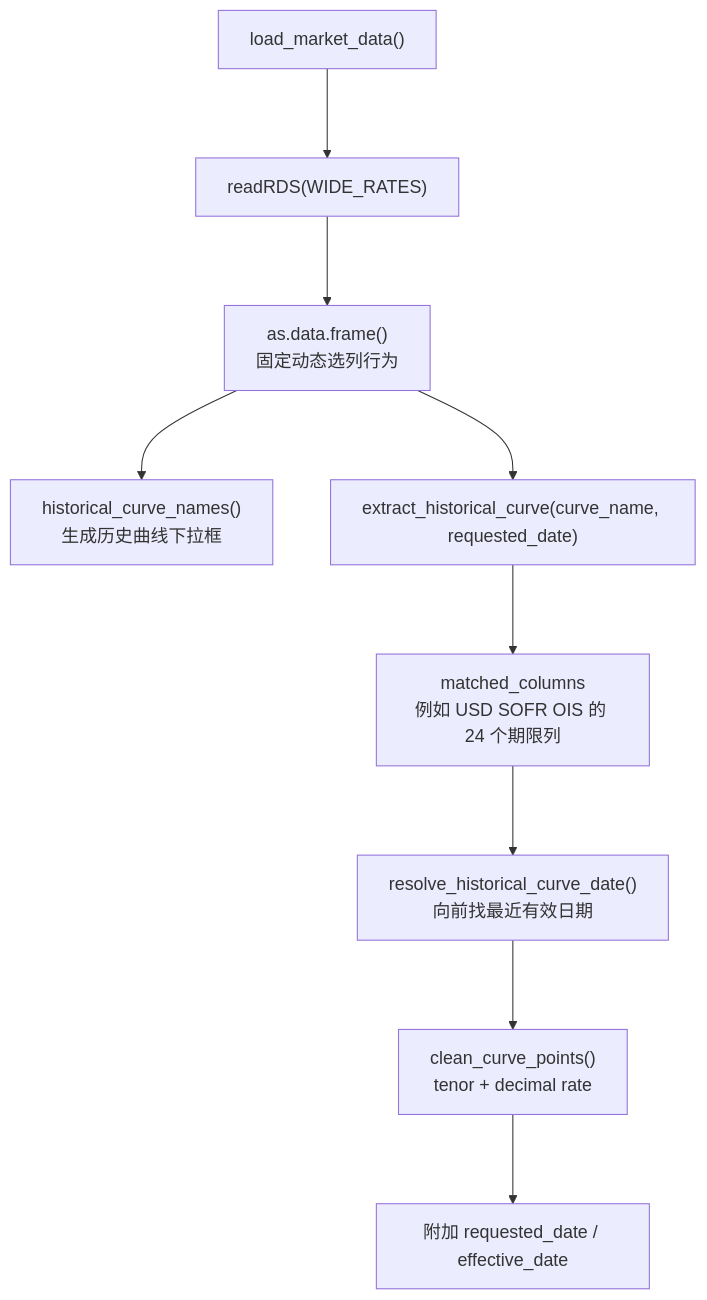
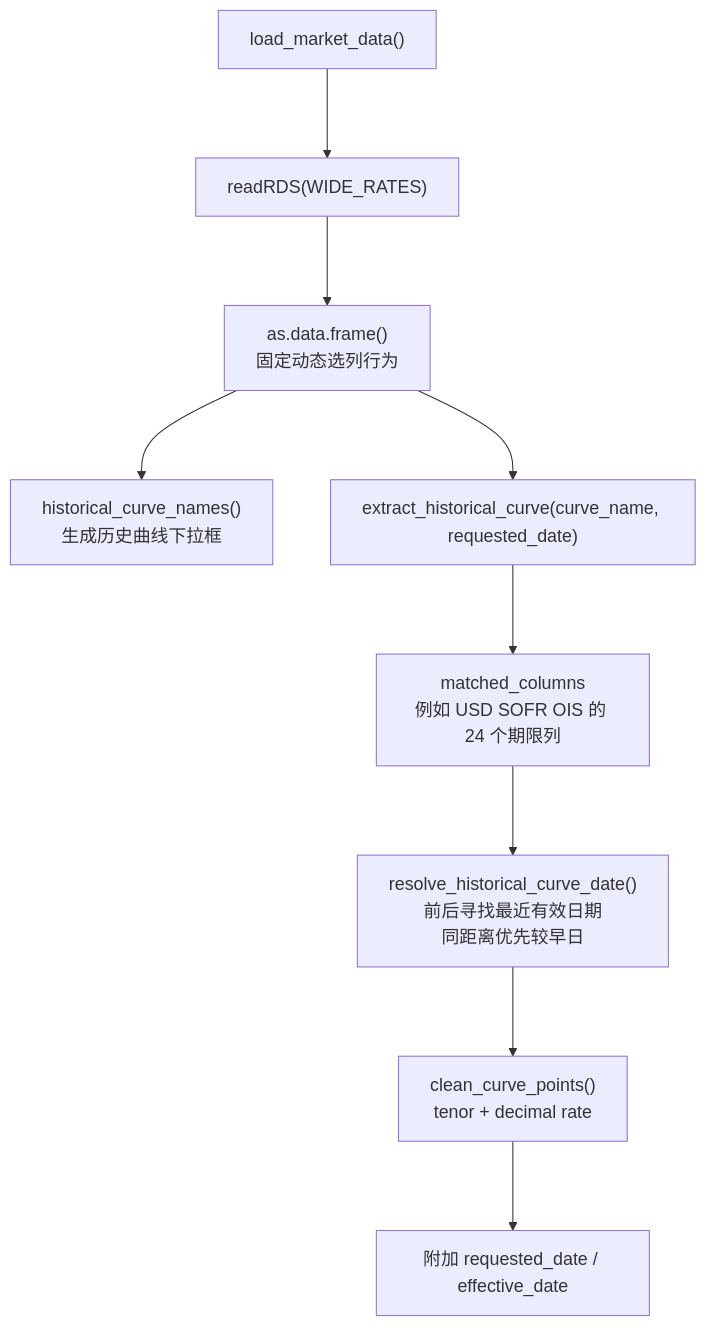
The third of 17 diagrams in YieldCurve_Shiny/CODE_GUIDE.md (ShuaihaoCoder/R_git), drawn with Mermaid before and after one commit. The commit also changed other lines of this file and 16 other files, not shown here.

````diff
--- a/YieldCurve_Shiny/CODE_GUIDE.md
+++ b/YieldCurve_Shiny/CODE_GUIDE.md
@@ -70,17 +70,17 @@
 ```mermaid
 %%{init: {'flowchart': {'nodeSpacing': 55, 'rankSpacing': 85}, 'themeVariables': {'fontSize': '17px'}}}%%
 flowchart TB
     Load["load_market_data()"]
     Read["readRDS(WIDE_RATES)"]
     Frame["as.data.frame()<br/>固定动态选列行为"]
     Names["historical_curve_names()<br/>生成历史曲线下拉框"]
     Select["extract_historical_curve(curve_name, requested_date)"]
     Columns["matched_columns<br/>例如 USD SOFR OIS 的 24 个期限列"]
-    Resolve["resolve_historical_curve_date()<br/>向前找最近有效日期"]
+    Resolve["resolve_historical_curve_date()<br/>前后寻找最近有效日期<br/>同距离优先较早日"]
     Points["clean_curve_points()<br/>tenor + decimal rate"]
     Attr["附加 requested_date / effective_date"]
 
     Load --> Read --> Frame
     Frame --> Names
     Frame --> Select --> Columns --> Resolve --> Points --> Attr
 ```
````
